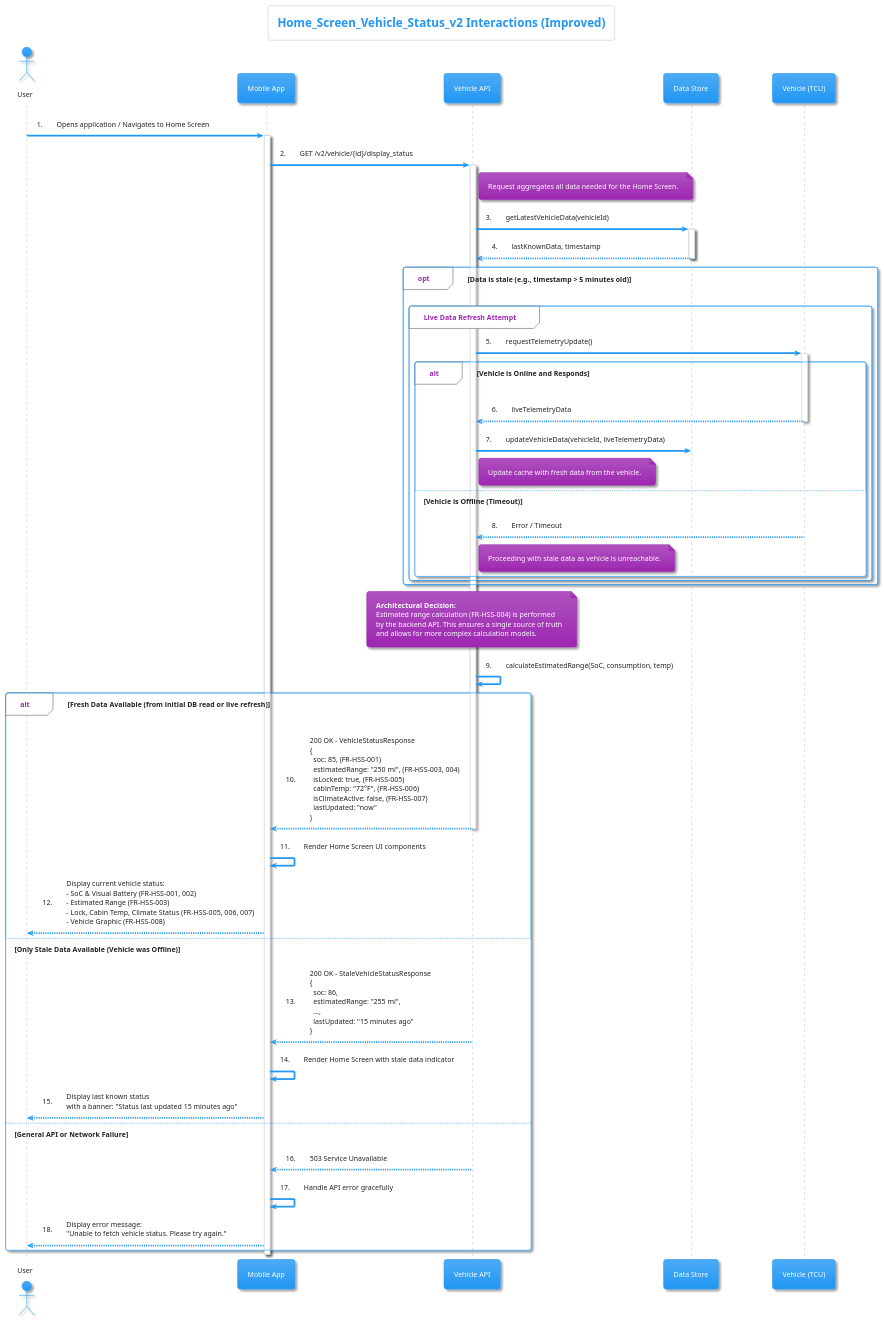
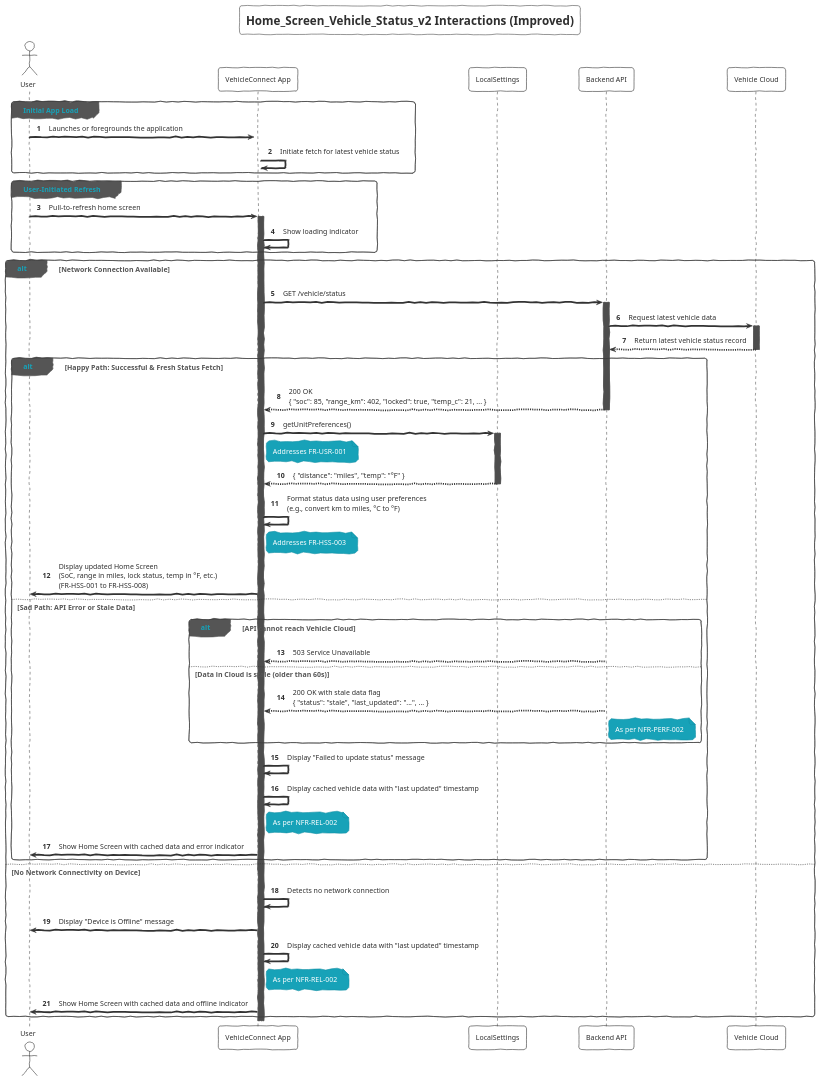
Before and after one commit to fcaversan/SRS_Project: the diagram in uml_diagrams/sequence/Home_Screen_Vehicle_Status_v2_sequence_diagram.puml, drawn with PlantUML. The commit also changed 149 other files, not shown here.

First line of the commit message:
feat: Add scope enforcement to prevent diagram hallucination and feature drift

```diff
--- a/uml_diagrams/sequence/Home_Screen_Vehicle_Status_v2_sequence_diagram.puml
+++ b/uml_diagrams/sequence/Home_Screen_Vehicle_Status_v2_sequence_diagram.puml
@@ -1,76 +1,78 @@
 @startuml
-' v2.0 - Improved based on QA Feedback
-!theme materia
+!theme sketchy-outline
 
 title Home_Screen_Vehicle_Status_v2 Interactions (Improved)
 
-autonumber "0."
+autonumber
 
 actor "User" as User
-participant "Mobile App" as App
-participant "Vehicle API" as API
-participant "Data Store" as DB
-participant "Vehicle (TCU)" as TCU
+participant "VehicleConnect App" as App
+participant "LocalSettings" as LocalSettings
+participant "Backend API" as API
+participant "Vehicle Cloud" as Cloud
 
-User -> App: Opens application / Navigates to Home Screen
-activate App
-
-App -> API: GET /v2/vehicle/{id}/display_status
-activate API
-note right of API: Request aggregates all data needed for the Home Screen.
-
-API -> DB: getLatestVehicleData(vehicleId)
-activate DB
-DB --> API: lastKnownData, timestamp
-deactivate DB
-
-opt Data is stale (e.g., timestamp > 5 minutes old)
-    group Live Data Refresh Attempt
-        API -> TCU: requestTelemetryUpdate()
-        activate TCU
-        alt Vehicle is Online and Responds
-            TCU --> API: liveTelemetryData
-            deactivate TCU
-            API -> DB: updateVehicleData(vehicleId, liveTelemetryData)
-            note right of API: Update cache with fresh data from the vehicle.
-        else Vehicle is Offline (Timeout)
-            TCU --> API: Error / Timeout
-            deactivate TCU
-            note right of API: Proceeding with stale data as vehicle is unreachable.
-        end
-    end
+group Initial App Load
+    User -> App: Launches or foregrounds the application
+    activate App
+    App -> App: Initiate fetch for latest vehicle status
 end
 
-note over API
-**Architectural Decision:**
-Estimated range calculation (FR-HSS-004) is performed
-by the backend API. This ensures a single source of truth
-and allows for more complex calculation models.
-end note
-API -> API: calculateEstimatedRange(SoC, consumption, temp)
+group User-Initiated Refresh
+    User -> App: Pull-to-refresh home screen
+    activate App
+    App -> App: Show loading indicator
+end
 
-alt Fresh Data Available (from initial DB read or live refresh)
-    API --> App: 200 OK - VehicleStatusResponse\n{\n  soc: 85, (FR-HSS-001)\n  estimatedRange: "250 mi", (FR-HSS-003, 004)\n  isLocked: true, (FR-HSS-005)\n  cabinTemp: "72°F", (FR-HSS-006)\n  isClimateActive: false, (FR-HSS-007)\n  lastUpdated: "now"\n}
-    deactivate API
+alt Network Connection Available
 
-    App -> App: Render Home Screen UI components
-    App --> User: Display current vehicle status:\n- SoC & Visual Battery (FR-HSS-001, 002)\n- Estimated Range (FR-HSS-003)\n- Lock, Cabin Temp, Climate Status (FR-HSS-005, 006, 007)\n- Vehicle Graphic (FR-HSS-008)
+    App -> API: GET /vehicle/status
+    activate API
 
-else Only Stale Data Available (Vehicle was Offline)
-    API --> App: 200 OK - StaleVehicleStatusResponse\n{\n  soc: 86,\n  estimatedRange: "255 mi",\n  ...,\n  lastUpdated: "15 minutes ago"\n}
-    deactivate API
+    API -> Cloud: Request latest vehicle data
+    activate Cloud
+    Cloud --> API: Return latest vehicle status record
+    deactivate Cloud
 
-    App -> App: Render Home Screen with stale data indicator
-    App --> User: Display last known status\nwith a banner: "Status last updated 15 minutes ago"
+    alt Happy Path: Successful & Fresh Status Fetch
+        API --> App: 200 OK \n{ "soc": 85, "range_km": 402, "locked": true, "temp_c": 21, ... }
+        deactivate API
 
-else General API or Network Failure
-    API --> App: 503 Service Unavailable
-    deactivate API
+        App -> LocalSettings: getUnitPreferences()
+        note right of App: Addresses FR-USR-001
+        activate LocalSettings
+        LocalSettings --> App: { "distance": "miles", "temp": "°F" }
+        deactivate LocalSettings
 
-    App -> App: Handle API error gracefully
-    App --> User: Display error message:\n"Unable to fetch vehicle status. Please try again."
+        App -> App: Format status data using user preferences \n(e.g., convert km to miles, °C to °F)
+        note right of App: Addresses FR-HSS-003
+
+        App -> User: Display updated Home Screen \n(SoC, range in miles, lock status, temp in °F, etc.) \n(FR-HSS-001 to FR-HSS-008)
+
+    else Sad Path: API Error or Stale Data
+        alt API cannot reach Vehicle Cloud
+            API --> App: 503 Service Unavailable
+        else Data in Cloud is stale (older than 60s)
+            API --> App: 200 OK with stale data flag \n{ "status": "stale", "last_updated": "...", ... }
+            note right of API: As per NFR-PERF-002
+        end
+        deactivate API
+
+        App -> App: Display "Failed to update status" message
+        App -> App: Display cached vehicle data with "last updated" timestamp
+        note right of App: As per NFR-REL-002
+        App -> User: Show Home Screen with cached data and error indicator
+    end
+
+else No Network Connectivity on Device
+
+    App -> App: Detects no network connection
+    App -> User: Display "Device is Offline" message
+    App -> App: Display cached vehicle data with "last updated" timestamp
+    note right of App: As per NFR-REL-002
+    App -> User: Show Home Screen with cached data and offline indicator
+
 end
 
 deactivate App
 
 @enduml
```
